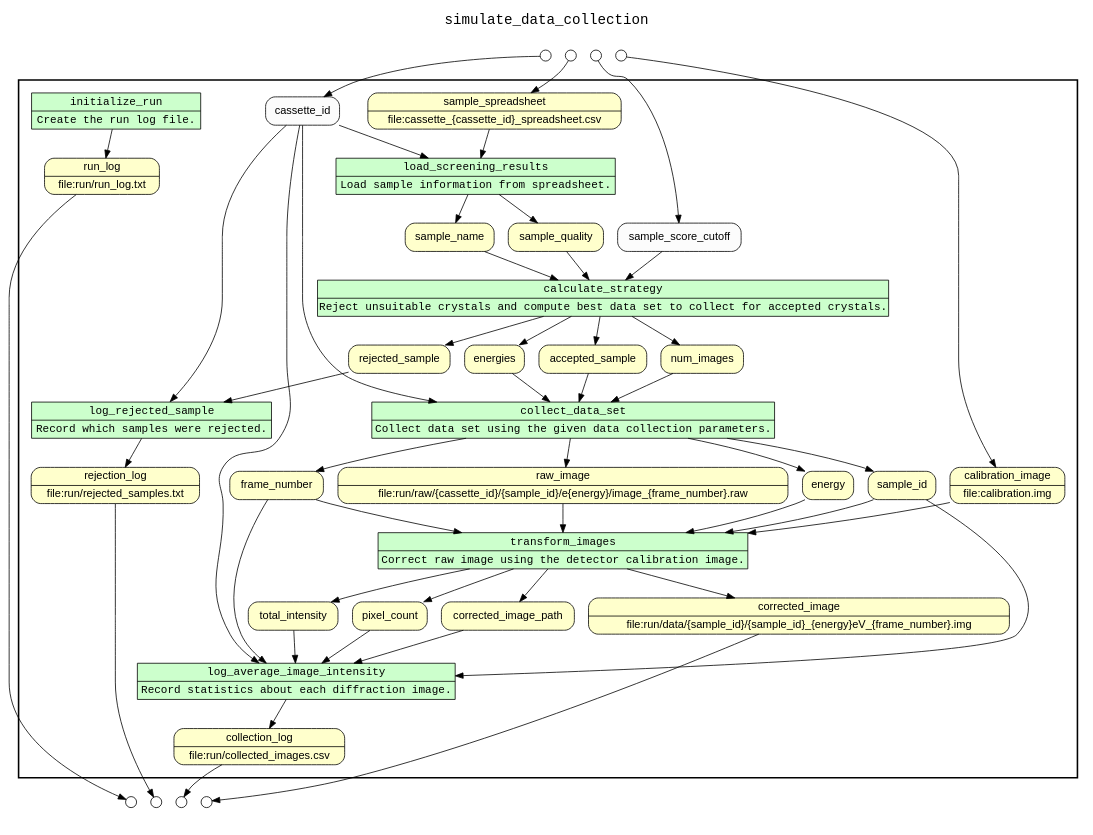
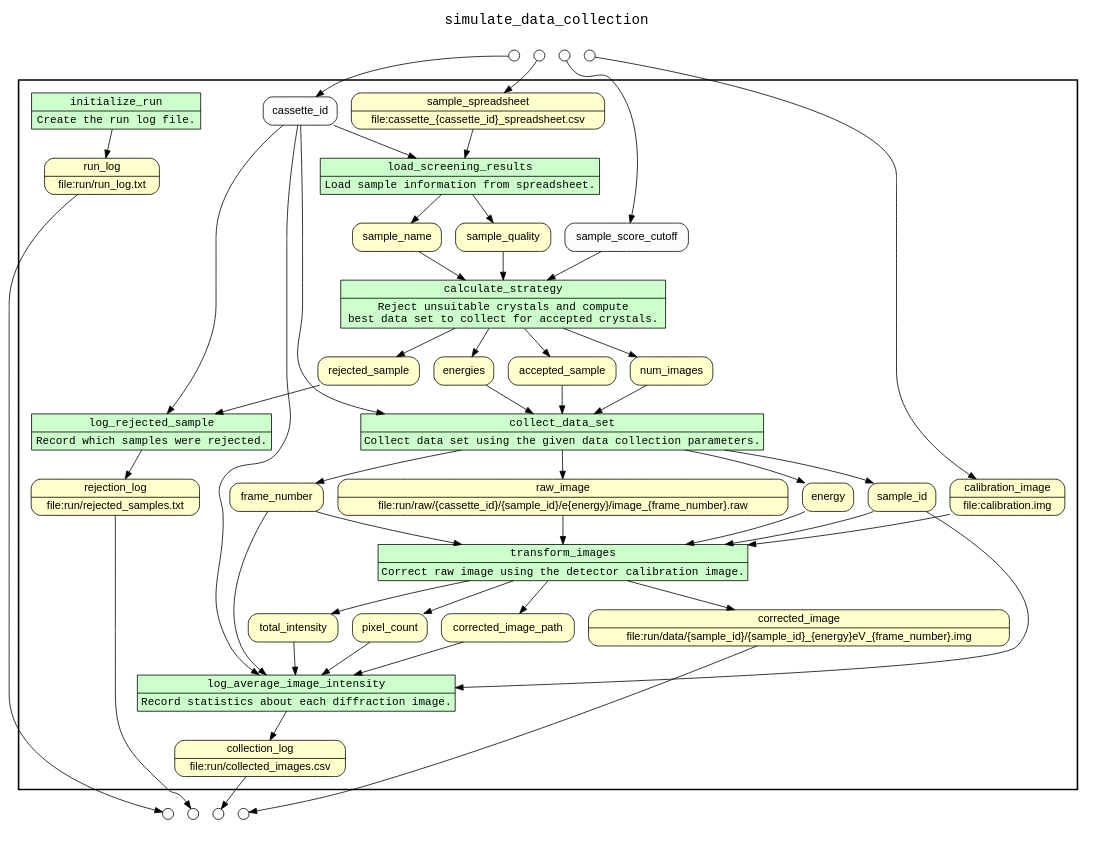
Before and after one commit to yesworkflow-org/yw-prototypes: the diagram in src/main/resources/examples/simulate_data_collection/yw/combined.gv, drawn with Graphviz. The commit also changed 3 other files, not shown here.

```diff
--- a/src/main/resources/examples/simulate_data_collection/yw/combined.gv
+++ b/src/main/resources/examples/simulate_data_collection/yw/combined.gv
@@ -1,146 +1,146 @@
 
 /* Start of top-level graph */
 digraph Workflow {
 rankdir=TB
 
 /* Title for graph */
 fontname=Courier; fontsize=18; labelloc=t
 label=simulate_data_collection
 
 /* Start of double cluster for drawing box around nodes in workflow */
 subgraph cluster_workflow_box_outer { label=""; color=black; penwidth=2
 subgraph cluster_workflow_box_inner { label=""; color=white
 
 /* Style for nodes representing atomic programs in workflow */
 node[shape=box style=filled fillcolor="#CCFFCC" peripheries=1 fontname=Courier]
 
 /* Nodes representing atomic programs in workflow */
 initialize_run [shape=record rankdir=LR label="{<f0> initialize_run |<f1> Create the run log file.}"];
 load_screening_results [shape=record rankdir=LR label="{<f0> load_screening_results |<f1> Load sample information from spreadsheet.}"];
-calculate_strategy [shape=record rankdir=LR label="{<f0> calculate_strategy |<f1> Reject unsuitable crystals and compute best data set to collect for accepted crystals.}"];
+calculate_strategy [shape=record rankdir=LR label="{<f0> calculate_strategy |<f1> Reject unsuitable crystals and compute \n best data set to collect for accepted crystals.}"];
 log_rejected_sample [shape=record rankdir=LR label="{<f0> log_rejected_sample |<f1> Record which samples were rejected.}"];
 collect_data_set [shape=record rankdir=LR label="{<f0> collect_data_set |<f1> Collect data set using the given data collection parameters.}"];
 transform_images [shape=record rankdir=LR label="{<f0> transform_images |<f1> Correct raw image using the detector calibration image.}"];
 log_average_image_intensity [shape=record rankdir=LR label="{<f0> log_average_image_intensity |<f1> Record statistics about each diffraction image.}"];
 
 /* Style for nodes representing non-parameter data channels in workflow */
 node[shape=box style="rounded,filled" fillcolor="#FFFFCC" peripheries=1 fontname=Helvetica]
 
 /* Nodes for non-parameter data channels in workflow */
 corrected_image [shape=record rankdir=LR label="{<f0> corrected_image |<f1> file\:run/data/\{sample_id\}/\{sample_id\}_\{energy\}eV_\{frame_number\}.img}"];
 run_log [shape=record rankdir=LR label="{<f0> run_log |<f1> file\:run/run_log.txt}"];
 collection_log [shape=record rankdir=LR label="{<f0> collection_log |<f1> file\:run/collected_images.csv}"];
 rejection_log [shape=record rankdir=LR label="{<f0> rejection_log |<f1> file\:run/rejected_samples.txt}"];
 sample_spreadsheet [shape=record rankdir=LR label="{<f0> sample_spreadsheet |<f1> file\:cassette_\{cassette_id\}_spreadsheet.csv}"];
 sample_name
 sample_quality
 rejected_sample
 accepted_sample
 num_images
 energies
 sample_id
 energy
 frame_number
 raw_image [shape=record rankdir=LR label="{<f0> raw_image |<f1> file\:run/raw/\{cassette_id\}/\{sample_id\}/e\{energy\}/image_\{frame_number\}.raw}"];
 calibration_image [shape=record rankdir=LR label="{<f0> calibration_image |<f1> file\:calibration.img}"];
 corrected_image_path
 total_intensity
 pixel_count
 
 /* Style for nodes representing parameter channels in workflow */
 node[shape=box style="rounded,filled" fillcolor="#FCFCFC" peripheries=1 fontname=Helvetica]
 
 /* Nodes representing parameter channels in workflow */
 cassette_id
 sample_score_cutoff
 
 /* Edges representing connections between programs and channels */
 initialize_run -> run_log
 load_screening_results -> sample_name
 load_screening_results -> sample_quality
 cassette_id -> load_screening_results
 sample_spreadsheet -> load_screening_results
 calculate_strategy -> accepted_sample
 calculate_strategy -> rejected_sample
 calculate_strategy -> num_images
 calculate_strategy -> energies
 sample_score_cutoff -> calculate_strategy
 sample_name -> calculate_strategy
 sample_quality -> calculate_strategy
 log_rejected_sample -> rejection_log
 cassette_id -> log_rejected_sample
 rejected_sample -> log_rejected_sample
 collect_data_set -> sample_id
 collect_data_set -> energy
 collect_data_set -> frame_number
 collect_data_set -> raw_image
 cassette_id -> collect_data_set
 accepted_sample -> collect_data_set
 num_images -> collect_data_set
 energies -> collect_data_set
 transform_images -> corrected_image
 transform_images -> corrected_image_path
 transform_images -> total_intensity
 transform_images -> pixel_count
 sample_id -> transform_images
 energy -> transform_images
 frame_number -> transform_images
 raw_image -> transform_images
 calibration_image -> transform_images
 log_average_image_intensity -> collection_log
 cassette_id -> log_average_image_intensity
 sample_id -> log_average_image_intensity
 frame_number -> log_average_image_intensity
 corrected_image_path -> log_average_image_intensity
 total_intensity -> log_average_image_intensity
 pixel_count -> log_average_image_intensity
 
 /* End of double cluster for drawing box around nodes in workflow */
 }}
 
 /* Hidden double-cluster for grouping workflow input ports */
 subgraph cluster_input_ports_group_outer { label=""; color=white
 subgraph cluster_input_ports_group_inner { label=""; color=white
 
 /* Style for nodes representing workflow input ports */
 node[shape=circle style="rounded,filled" fillcolor="#FFFFFF" peripheries=1 fontname=Helvetica width=0.2]
 
 /* Nodes representing workflow input ports */
 cassette_id_input_port [label=""]
 sample_score_cutoff_input_port [label=""]
 sample_spreadsheet_input_port [label=""]
 calibration_image_input_port [label=""]
 
 /* End of double-cluster for grouping workflow input ports */
 }}
 
 /* Hidden double-cluster for grouping workflow output ports */
 subgraph cluster_output_ports_group_outer { label=""; color=white
 subgraph cluster_output_ports_group_inner { label=""; color=white
 
 /* Style for nodes representing workflow output ports */
 node[shape=circle style="rounded,filled" fillcolor="#FFFFFF" peripheries=1 fontname=Helvetica width=0.2]
 
 /* Nodes representing workflow output ports */
 corrected_image_output_port [label=""]
 run_log_output_port [label=""]
 collection_log_output_port [label=""]
 rejection_log_output_port [label=""]
 
 /* End of double-cluster for grouping workflow output ports */
 }}
 
 /* Edges from input ports to channels */
 cassette_id_input_port -> cassette_id
 sample_score_cutoff_input_port -> sample_score_cutoff
 sample_spreadsheet_input_port -> sample_spreadsheet
 calibration_image_input_port -> calibration_image
 
 /* Edges from channels to output ports */
 corrected_image -> corrected_image_output_port
 run_log -> run_log_output_port
 collection_log -> collection_log_output_port
 rejection_log -> rejection_log_output_port
 
 /* End of top-level graph */
 }
```
